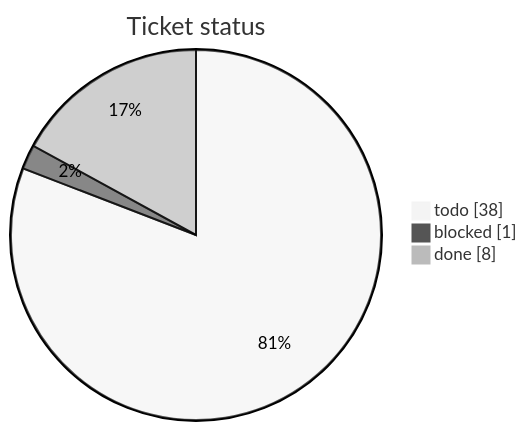
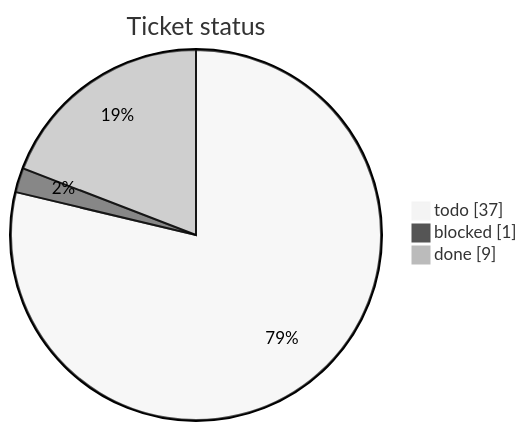
The first of 3 diagrams in tickets/TICKETS.md (mohamed-soubhi/bootlab-esp), drawn with Mermaid (neutral theme) before and after one commit. The commit also changed other lines of this file and 2 other files, not shown here.

First line of the commit message:
BL-013 done: Python labid.py

````diff
--- a/tickets/TICKETS.md
+++ b/tickets/TICKETS.md
@@ -10,6 +10,6 @@
 ```mermaid
 pie showData title Ticket status
-    "todo" : 38
+    "todo" : 37
     "blocked" : 1
-    "done" : 8
+    "done" : 9
 ```
````
